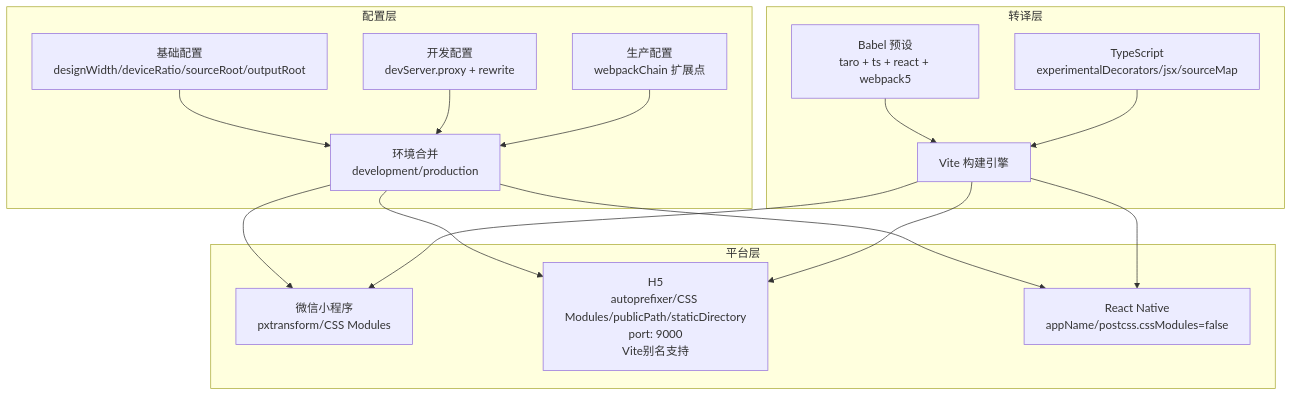
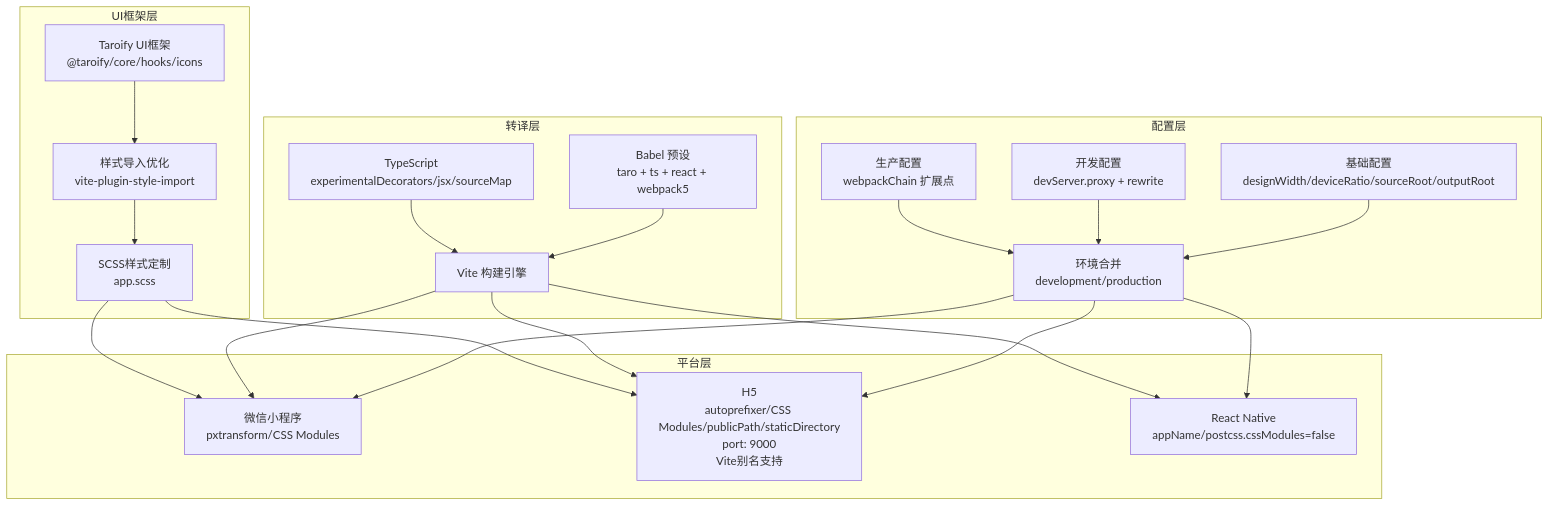
One commit to zuolinbao/redbook changed the second of 14 diagrams in .qoder/repowiki/zh/content/架构设计/构建配置系统.md. Above: the diagram before and after it, drawn with Mermaid. The commit also changed other lines of this file and 20 other files, not shown here.

````diff
--- a/.qoder/repowiki/zh/content/架构设计/构建配置系统.md
+++ b/.qoder/repowiki/zh/content/架构设计/构建配置系统.md
@@ -93,23 +100,29 @@
 ```mermaid
 graph TB
 subgraph "配置层"
 Base["基础配置<br/>designWidth/deviceRatio/sourceRoot/outputRoot"] --> Merge["环境合并<br/>development/production"]
 Dev["开发配置<br/>devServer.proxy + rewrite"] --> Merge
 Prod["生产配置<br/>webpackChain 扩展点"] --> Merge
 end
 subgraph "转译层"
 Babel["Babel 预设<br/>taro + ts + react + webpack5"] --> Vite["Vite 构建引擎"]
 TS["TypeScript<br/>experimentalDecorators/jsx/sourceMap"] --> Vite
 end
 subgraph "平台层"
 Mini["微信小程序<br/>pxtransform/CSS Modules"]
 H5["H5<br/>autoprefixer/CSS Modules/publicPath/staticDirectory<br/>port: 9000<br/>Vite别名支持"]
 RN["React Native<br/>appName/postcss.cssModules=false"]
 end
+subgraph "UI框架层"
+Taroify["Taroify UI框架<br/>@taroify/core/hooks/icons"] --> StyleImport["样式导入优化<br/>vite-plugin-style-import"]
+StyleImport --> SCSS["SCSS样式定制<br/>app.scss"]
+end
 Merge --> Mini
 Merge --> H5
 Merge --> RN
 Vite --> Mini
 Vite --> H5
 Vite --> RN
+SCSS --> H5
+SCSS --> Mini
 ```
````
